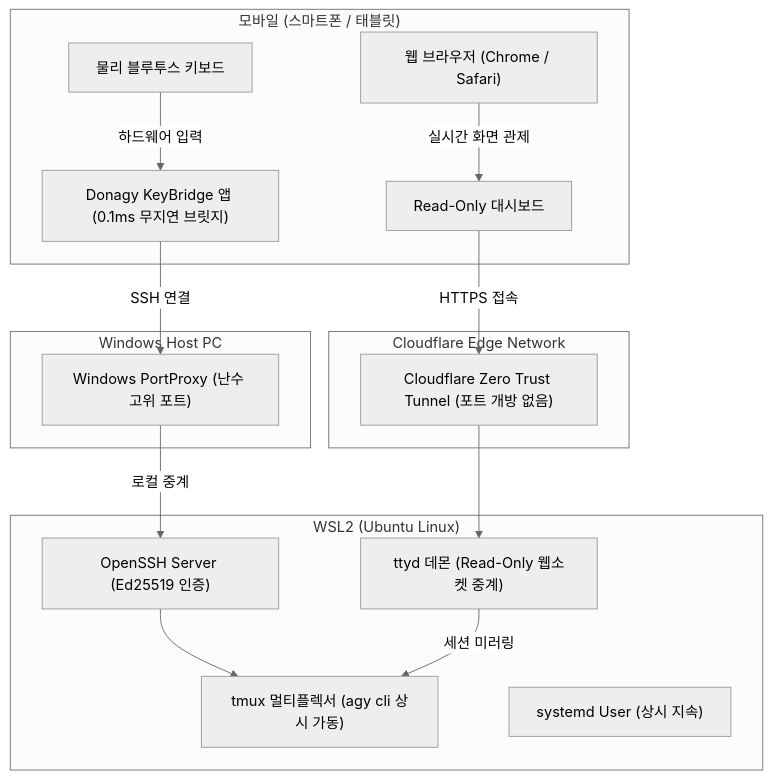
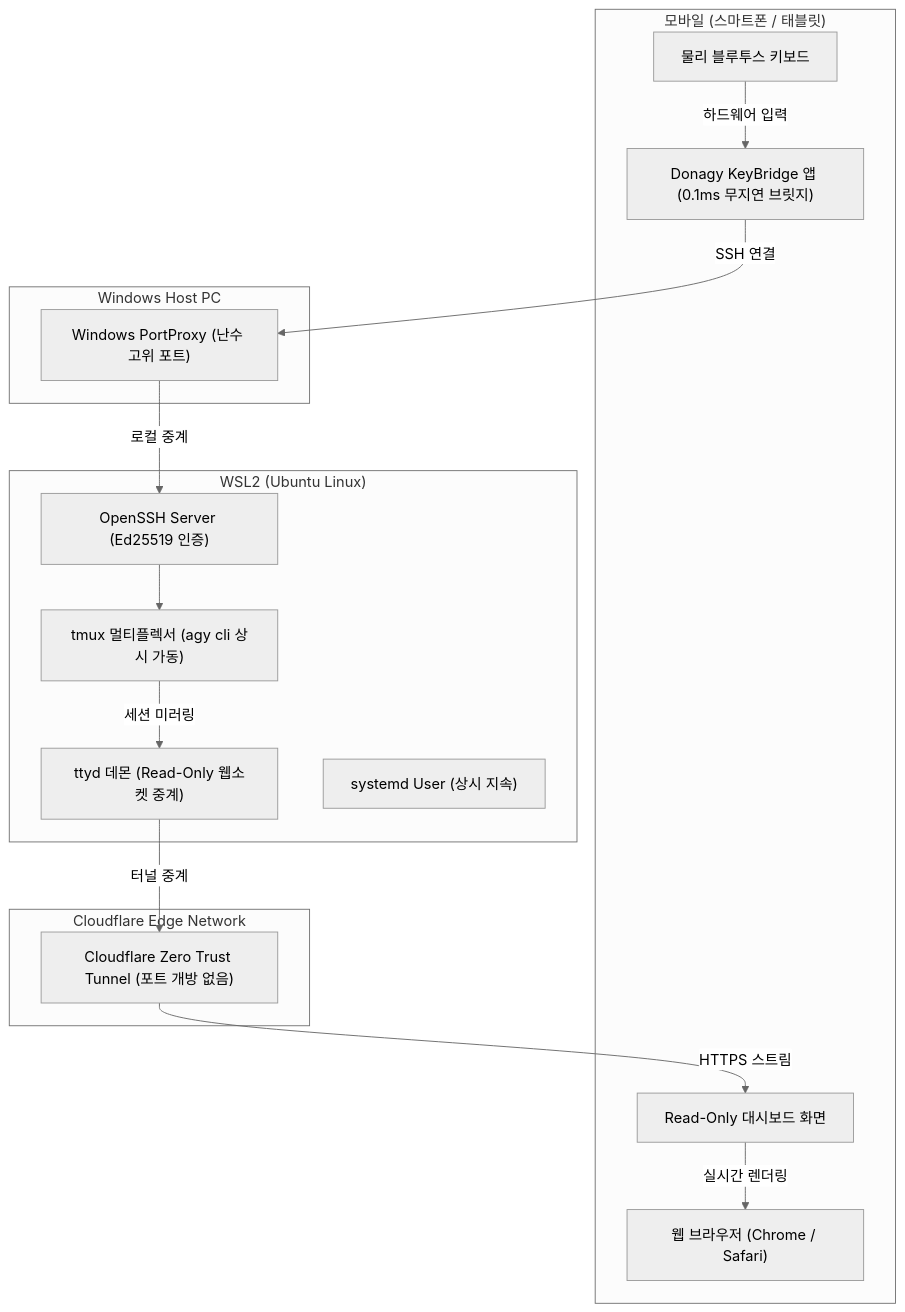
Before and after one commit to slalglel3/wsl-agy-setup-wizard: the diagram in README.md, drawn with Mermaid (neutral theme).

Commit message:
Fix: Reverse web browser stream arrow to reflect accurate data direction

````diff
--- a/README.md
+++ b/README.md
@@ -16,33 +16,33 @@
 ```mermaid
 flowchart TD
     subgraph MobileDevice["모바일 (스마트폰 / 태블릿)"]
         PhysKB["물리 블루투스 키보드"]
         KeyBridge["Donagy KeyBridge 앱 (0.1ms 무지연 브릿지)"]
         Browser["웹 브라우저 (Chrome / Safari)"]
-        WebScreen["Read-Only 대시보드"]
+        WebScreen["Read-Only 대시보드 화면"]
         PhysKB -->|"하드웨어 입력"| KeyBridge
-        Browser -->|"실시간 화면 관제"| WebScreen
+        WebScreen -->|"실시간 렌더링"| Browser
     end
 
     subgraph Cloudflare["Cloudflare Edge Network"]
         Tunnel["Cloudflare Zero Trust Tunnel (포트 개방 없음)"]
     end
 
     subgraph HostPC["Windows Host PC"]
         PortProxy["Windows PortProxy (난수 고위 포트)"]
     end
 
     subgraph WSL2["WSL2 (Ubuntu Linux)"]
         SSH["OpenSSH Server (Ed25519 인증)"]
         Tmux["tmux 멀티플렉서 (agy cli 상시 가동)"]
         TTYD["ttyd 데몬 (Read-Only 웹소켓 중계)"]
         Systemd["systemd User (상시 지속)"]
     end
 
     KeyBridge -->|"SSH 연결"| PortProxy
     PortProxy -->|"로컬 중계"| SSH
     SSH --> Tmux
-    WebScreen -->|"HTTPS 접속"| Tunnel
-    Tunnel --> TTYD
-    TTYD -->|"세션 미러링"| Tmux
+    Tmux -->|"세션 미러링"| TTYD
+    TTYD -->|"터널 중계"| Tunnel
+    Tunnel -->|"HTTPS 스트림"| WebScreen
 ```
````
